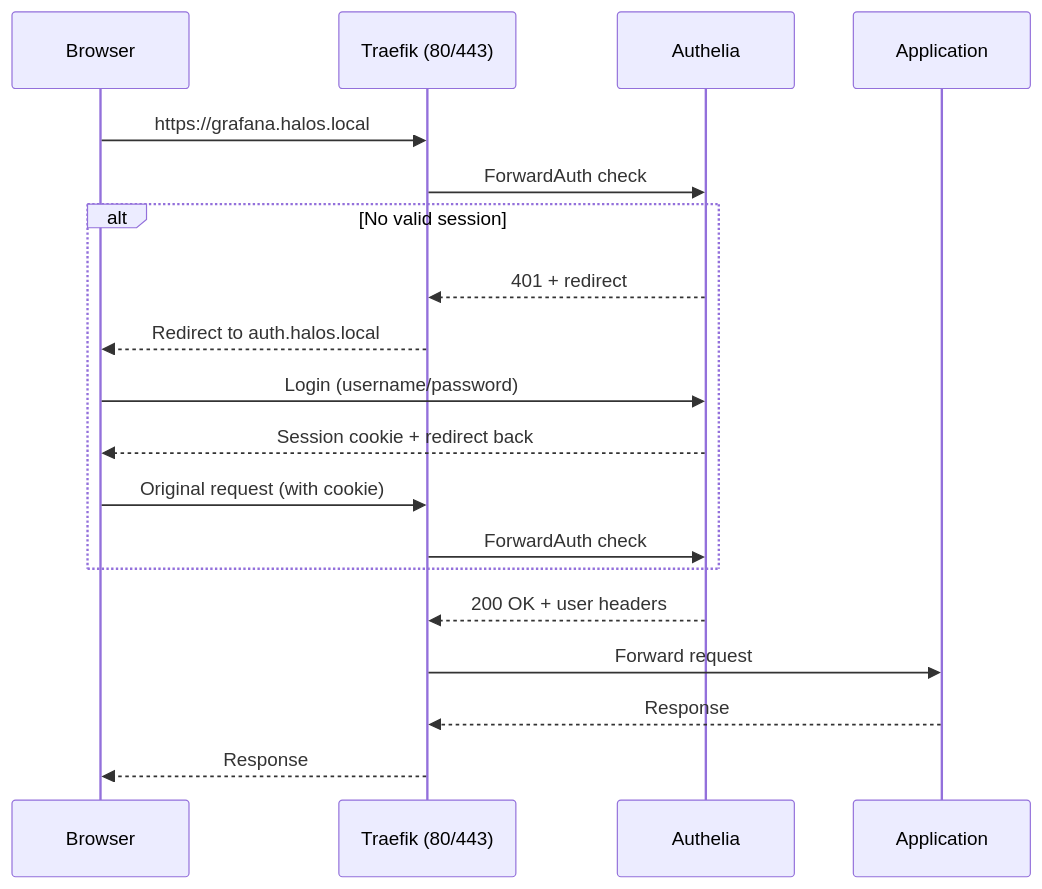
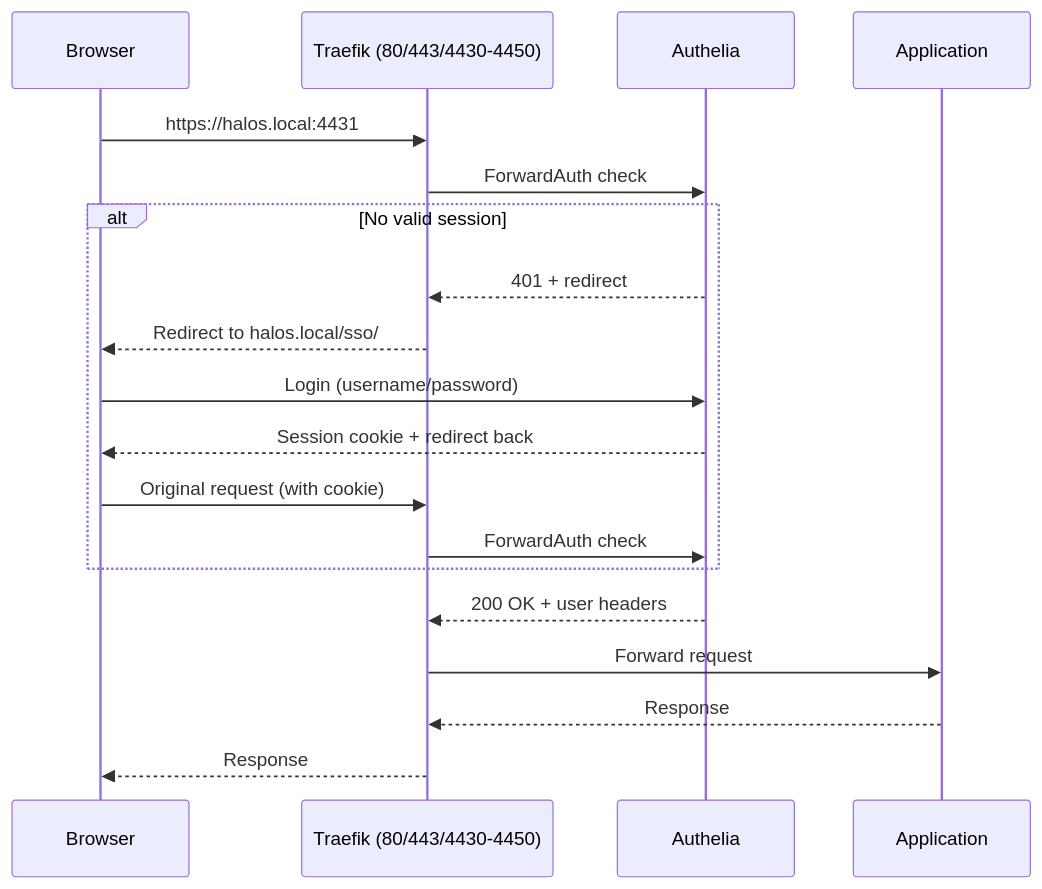
The second of 2 diagrams in docs/architecture/overview.md (halos-org/docs), drawn with Mermaid before and after one commit. The commit also changed other lines of this file and 2 other files, not shown here.

First line of the commit message:
docs(architecture): update for port-based routing

````diff
--- a/docs/architecture/overview.md
+++ b/docs/architecture/overview.md
@@ -95,22 +92,22 @@
 ```mermaid
 sequenceDiagram
     participant B as Browser
-    participant T as Traefik (80/443)
+    participant T as Traefik (80/443/4430-4450)
     participant A as Authelia
     participant App as Application
 
-    B->>T: https://grafana.halos.local
+    B->>T: https://halos.local:4431
     T->>A: ForwardAuth check
     alt No valid session
         A-->>T: 401 + redirect
-        T-->>B: Redirect to auth.halos.local
+        T-->>B: Redirect to halos.local/sso/
         B->>A: Login (username/password)
         A-->>B: Session cookie + redirect back
         B->>T: Original request (with cookie)
         T->>A: ForwardAuth check
     end
     A-->>T: 200 OK + user headers
     T->>App: Forward request
     App-->>T: Response
     T-->>B: Response
 ```
````
